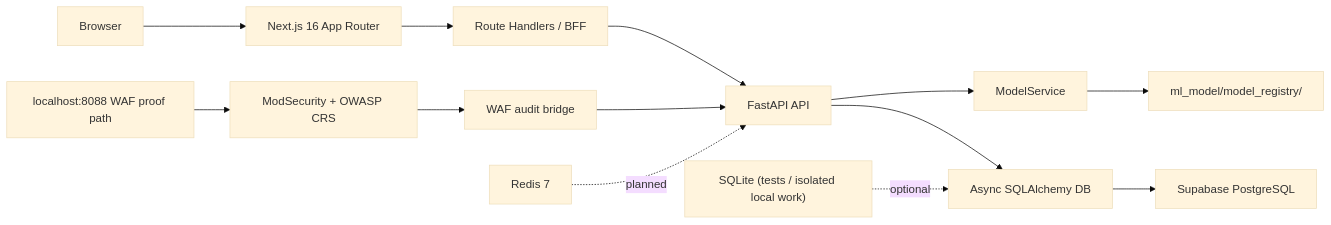
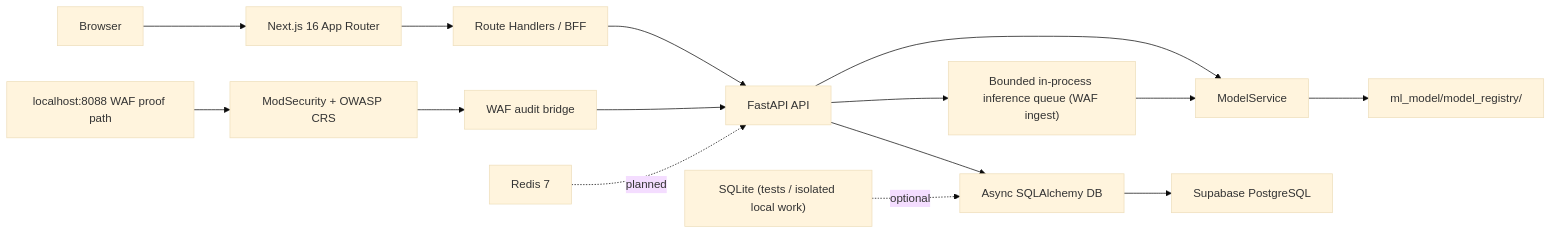
The diagram in docs/architecture.md (PooKYZZZ/injection-alert-system), drawn with Mermaid (base theme) before and after one commit. The commit also changed other lines of this file and 17 other files, not shown here.

First line of the commit message:
feat: add bounded inference queue (#70)

````diff
--- a/docs/architecture.md
+++ b/docs/architecture.md
@@ -11,16 +11,18 @@
 ```mermaid
 flowchart LR
     Browser["Browser"] --> Next["Next.js 16 App Router"]
     Next --> BFF["Route Handlers / BFF"]
     BFF --> FastAPI["FastAPI API"]
     FastAPI --> Model["ModelService"]
+    FastAPI --> Queue["Bounded in-process inference queue (WAF ingest)"]
+    Queue --> Model
     FastAPI --> DB["Async SQLAlchemy DB"]
     Model --> Registry["ml_model/model_registry/"]
     DB --> Supabase["Supabase PostgreSQL"]
 
     SQLite["SQLite (tests / isolated local work)"] -. optional .-> DB
     WAFProof["localhost:8088 WAF proof path"] --> ModSec["ModSecurity + OWASP CRS"]
     ModSec --> Bridge["WAF audit bridge"]
     Bridge --> FastAPI
     Redis["Redis 7"] -. planned .-> FastAPI
 ```
````
